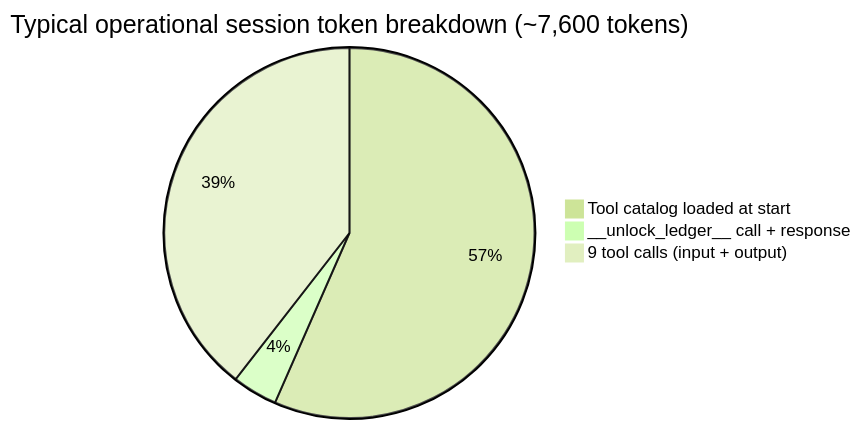
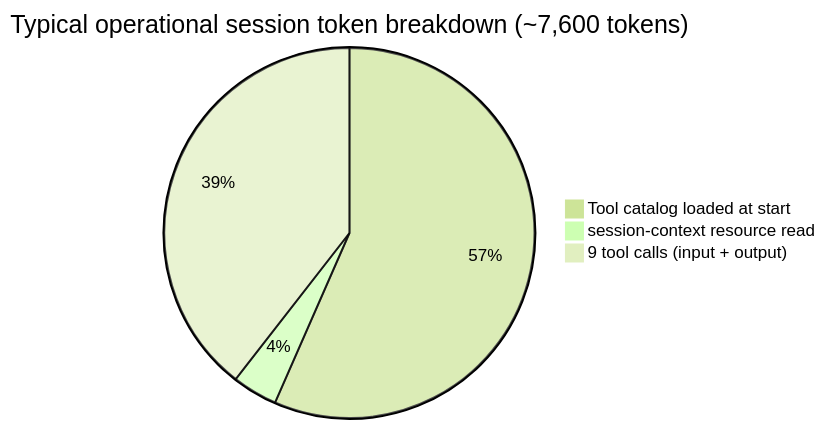
Before and after one commit to yangm2/gnucash-bindings-mcp: the first of 8 diagrams in docs/development/14-appendix-e-model-options.md, drawn with Mermaid (forest theme). The commit also changed other lines of this file and 6 other files, not shown here.

First line of the commit message:
Replace __unlock_ledger__ tool with gnucash://session-context resource

````diff
--- a/docs/development/14-appendix-e-model-options.md
+++ b/docs/development/14-appendix-e-model-options.md
@@ -41,6 +41,6 @@
 ```mermaid
 pie title Typical operational session token breakdown (~7,600 tokens)
     "Tool catalog loaded at start" : 4300
-    "__unlock_ledger__ call + response" : 300
+    "session-context resource read" : 300
     "9 tool calls (input + output)" : 3000
 ```
````
